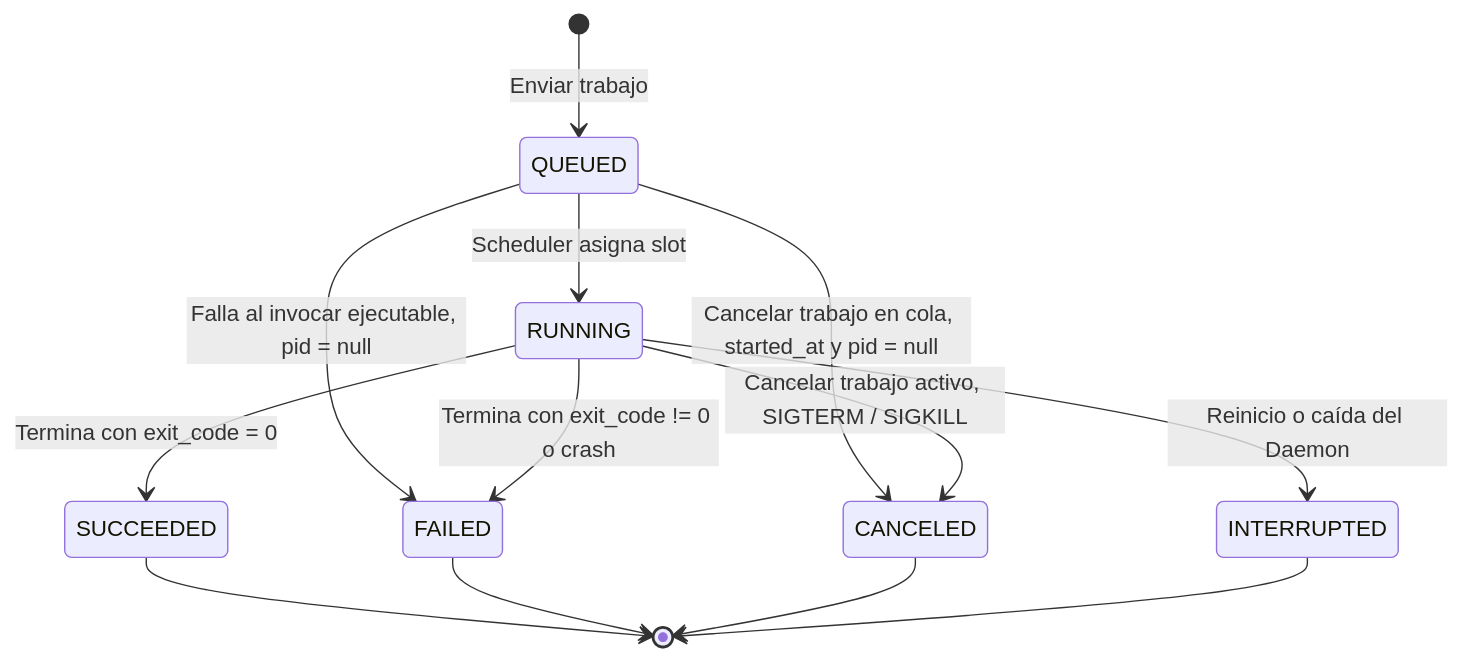
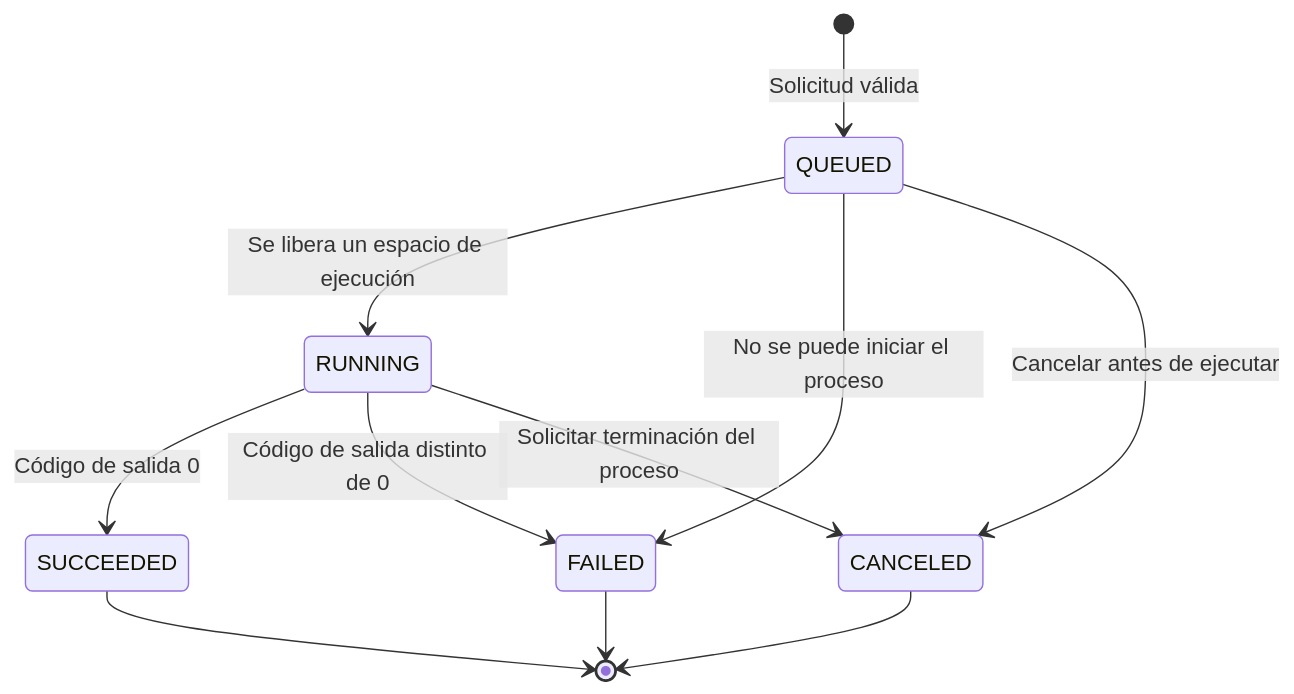
The diagram in docs/technical-guide/state-model.md (AdminAlvarez/BeanRunner), drawn with Mermaid before and after one commit. The commit also changed other lines of this file and 3 other files, not shown here.

````diff
--- a/docs/technical-guide/state-model.md
+++ b/docs/technical-guide/state-model.md
@@ -22,18 +23,13 @@
 ```mermaid
 stateDiagram-v2
-    [*] --> QUEUED : Enviar trabajo
-
-    QUEUED --> RUNNING : Scheduler asigna slot 
-    QUEUED --> FAILED : Falla al invocar ejecutable, pid = null 
-    QUEUED --> CANCELED : Cancelar trabajo en cola, started_at y pid = null 
-
-    RUNNING --> SUCCEEDED : Termina con exit_code = 0 
-    RUNNING --> FAILED : Termina con exit_code != 0 o crash 
-    RUNNING --> CANCELED : Cancelar trabajo activo, SIGTERM / SIGKILL 
-    RUNNING --> INTERRUPTED : Reinicio o caída del Daemon 
-
+    [*] --> QUEUED : Solicitud válida
+    QUEUED --> RUNNING : Se libera un espacio de ejecución
+    QUEUED --> FAILED : No se puede iniciar el proceso
+    QUEUED --> CANCELED : Cancelar antes de ejecutar
+    RUNNING --> SUCCEEDED : Código de salida 0
+    RUNNING --> FAILED : Código de salida distinto de 0
+    RUNNING --> CANCELED : Solicitar terminación del proceso
     SUCCEEDED --> [*]
     FAILED --> [*]
     CANCELED --> [*]
-    INTERRUPTED --> [*]
 ```
````
